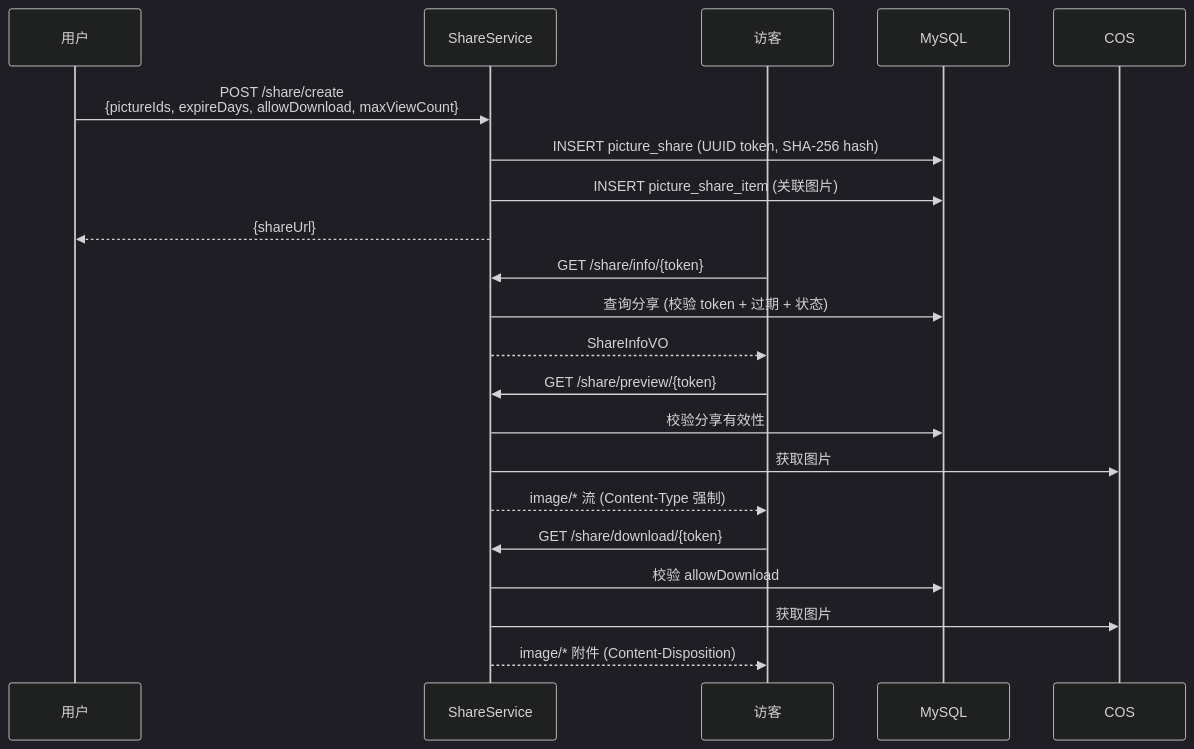
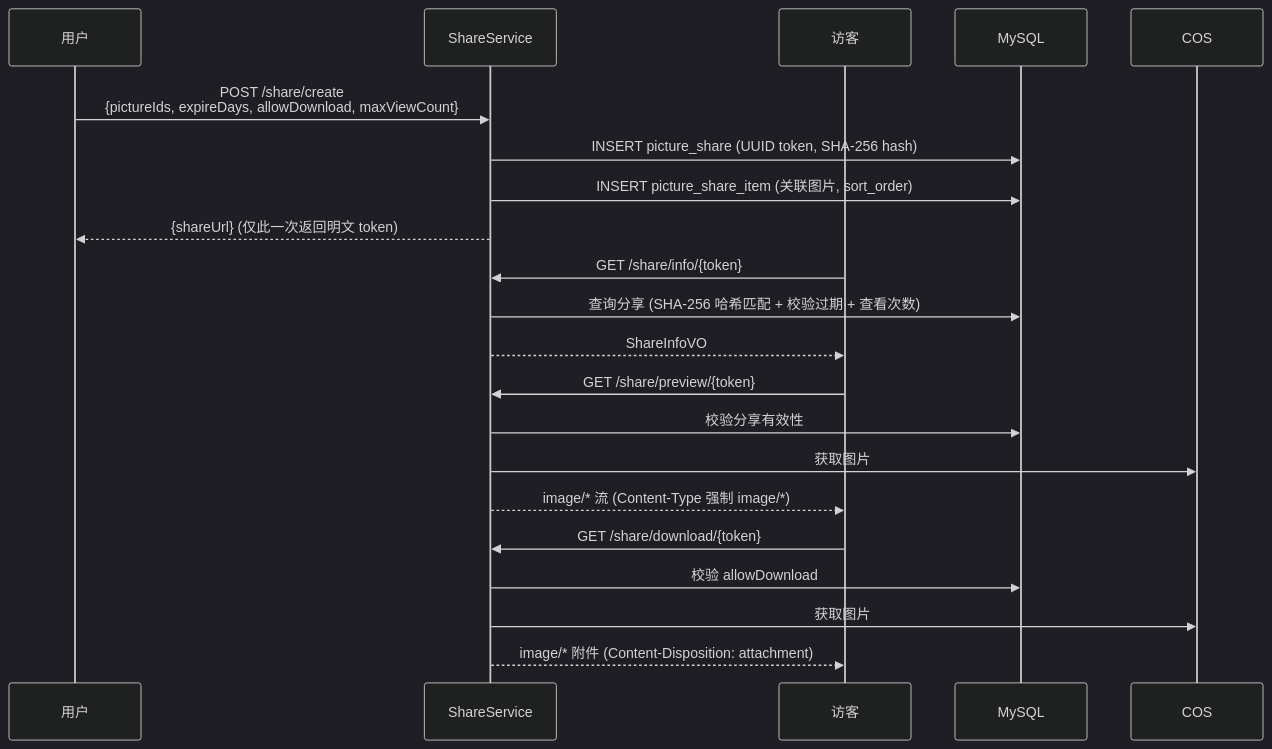
Before and after one commit to FishDuM/AI.Image.Material.Collaboration.Platform: the eighth of 8 diagrams in model/uml_diagrams.md, drawn with Mermaid (dark theme). The commit also changed other lines of this file and 2 other files, not shown here.

````diff
--- a/model/uml_diagrams.md
+++ b/model/uml_diagrams.md
@@ -652,27 +733,27 @@
 ```mermaid
 sequenceDiagram
     participant U as 用户
     participant S as ShareService
     participant V as 访客
     participant DB as MySQL
     participant COS as COS
 
     U->>S: POST /share/create<br/>{pictureIds, expireDays, allowDownload, maxViewCount}
     S->>DB: INSERT picture_share (UUID token, SHA-256 hash)
-    S->>DB: INSERT picture_share_item (关联图片)
-    S-->>U: {shareUrl}
+    S->>DB: INSERT picture_share_item (关联图片, sort_order)
+    S-->>U: {shareUrl} (仅此一次返回明文 token)
 
     V->>S: GET /share/info/{token}
-    S->>DB: 查询分享 (校验 token + 过期 + 状态)
+    S->>DB: 查询分享 (SHA-256 哈希匹配 + 校验过期 + 查看次数)
     S-->>V: ShareInfoVO
 
     V->>S: GET /share/preview/{token}
     S->>DB: 校验分享有效性
     S->>COS: 获取图片
-    S-->>V: image/* 流 (Content-Type 强制)
+    S-->>V: image/* 流 (Content-Type 强制 image/*)
 
     V->>S: GET /share/download/{token}
     S->>DB: 校验 allowDownload
     S->>COS: 获取图片
-    S-->>V: image/* 附件 (Content-Disposition)
+    S-->>V: image/* 附件 (Content-Disposition: attachment)
 ```
````
